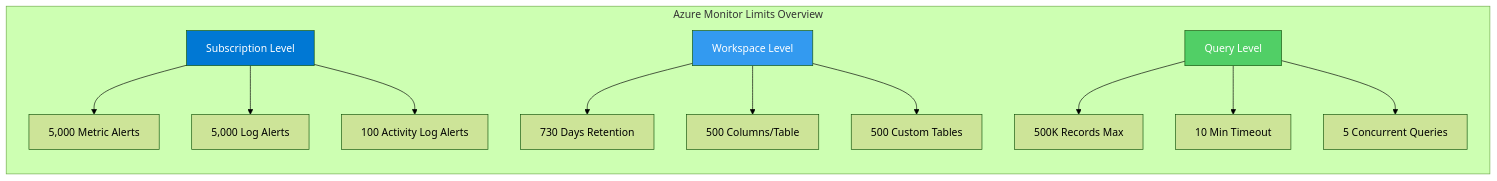
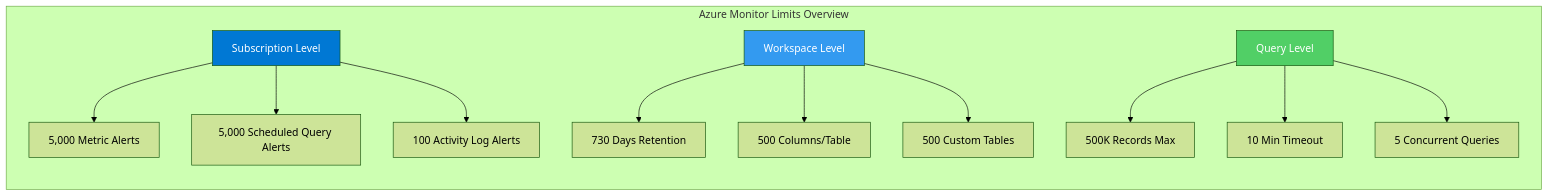
The diagram in docs/reference/platform-limits.md (yeongseon/azure-monitoring-practical-guide), drawn with Mermaid (forest theme) before and after one commit. The commit also changed other lines of this file and 50 other files, not shown here.

````diff
--- a/docs/reference/platform-limits.md
+++ b/docs/reference/platform-limits.md
@@ -5,24 +5,24 @@
 ```mermaid
 flowchart LR
     subgraph "Azure Monitor Limits Overview"
         A[Subscription Level]
         B[Workspace Level]
         C[Query Level]
         
         A --> A1[5,000 Metric Alerts]
-        A --> A2[5,000 Log Alerts]
+        A --> A2[5,000 Scheduled Query Alerts]
         A --> A3[100 Activity Log Alerts]
         
         B --> B1[730 Days Retention]
         B --> B2[500 Columns/Table]
         B --> B3[500 Custom Tables]
         
         C --> C1[500K Records Max]
         C --> C2[10 Min Timeout]
         C --> C3[5 Concurrent Queries]
     end
 
     style A fill:#0078d4,color:#fff
     style B fill:#339af0,color:#fff
     style C fill:#51cf66,color:#fff
 ```
````
